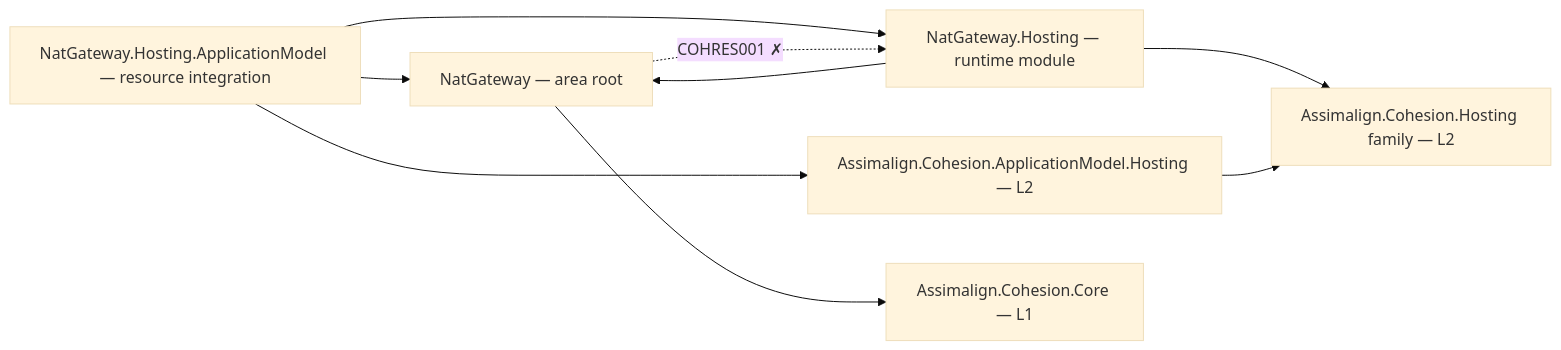
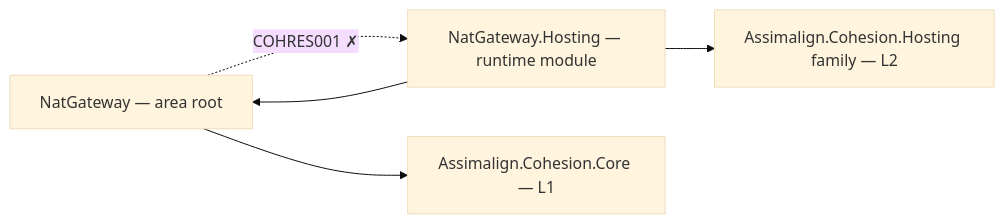
One commit to assimalign/cohesion changed the diagram in resources/NatGateway/README.md. Above: the diagram before and after it, drawn with Mermaid (base theme). The commit also changed other lines of this file and 141 other files, not shown here.

First line of the commit message:
docs(application-model): remove the old model from rules and docs

````diff
--- a/resources/NatGateway/README.md
+++ b/resources/NatGateway/README.md
@@ -12,17 +12,11 @@
 ```mermaid
 flowchart LR
     P0["NatGateway — area root"]
     P2["NatGateway.Hosting — runtime module"]
-    PAM["NatGateway.Hosting.ApplicationModel — resource integration"]
-    AMH["Assimalign.Cohesion.ApplicationModel.Hosting — L2"]
     CORE["Assimalign.Cohesion.Core — L1"]
     HOSTFAM["Assimalign.Cohesion.Hosting family — L2"]
     P0 --> CORE
     P2 --> HOSTFAM
     P2 --> P0
-    PAM --> P2
-    PAM --> P0
-    PAM --> AMH
-    AMH --> HOSTFAM
     P0 -.->|"COHRES001 ✗"| P2
 ```
````
